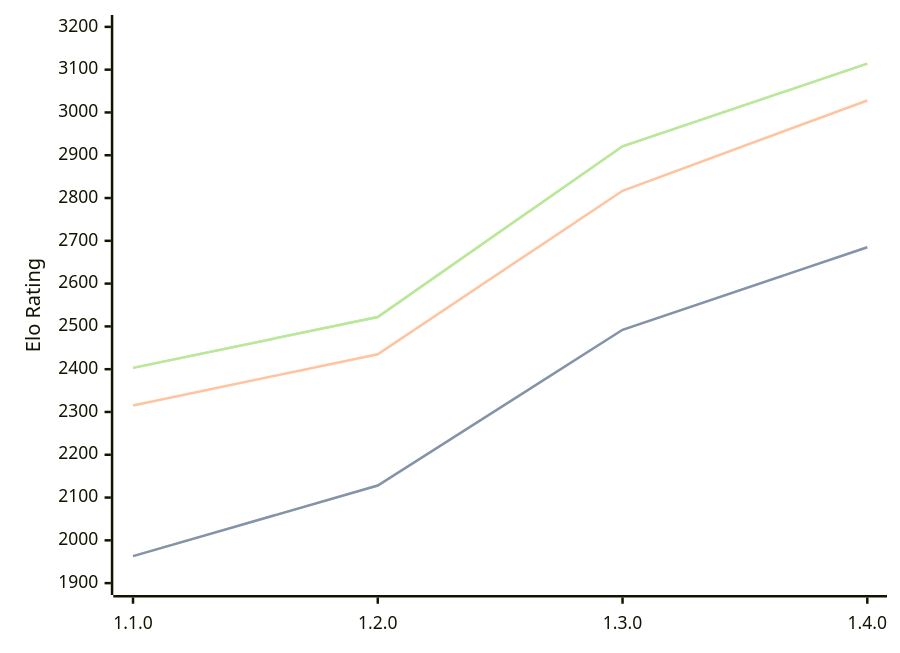
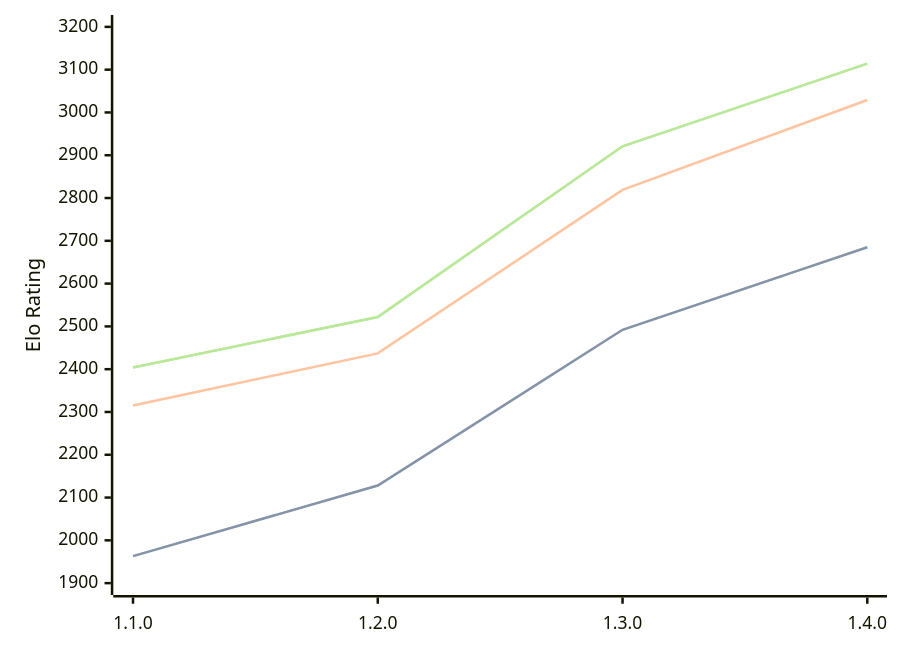
One commit to computer-chess-index/cci changed the diagram in engines/Gyatso.md. Above: the diagram before and after it, drawn with Mermaid. The commit also changed other lines of this file, not shown here.

Commit message:
Update CCI Ratings (ELO VLTC) - 2026-09-07

````diff
--- a/engines/Gyatso.md
+++ b/engines/Gyatso.md
@@ -36,11 +36,11 @@
 ```mermaid
 %%{init: {"theme":"base","themeVariables":{"seriesColors:['#a3a3a3','#222221','#faa371']}}}%%
 xychart-beta
   x-axis ["1.1.0", "1.2.0", "1.3.0", "1.4.0"]
   y-axis "Elo Rating" 1900 --> 3200
   line "" [1963, 2128, 2492, 2685]
   line "STC (8.0+0.08s)" [1963, 2128, 2492, 2685]
-  line "LTC (60.0+0.60s)" [2315, 2435, 2817, 3028]
-  line "" [2403, 2522, 2921, 3114]
-  line "VLTC (2m24s+1.12s)" [2403, 2522, 2921, 3114]
+  line "LTC (60.0+0.60s)" [2315, 2437, 2819, 3029]
+  line "" [2404, 2522, 2921, 3114]
+  line "VLTC (2m24s+1.12s)" [2404, 2522, 2921, 3114]
 ```
````
